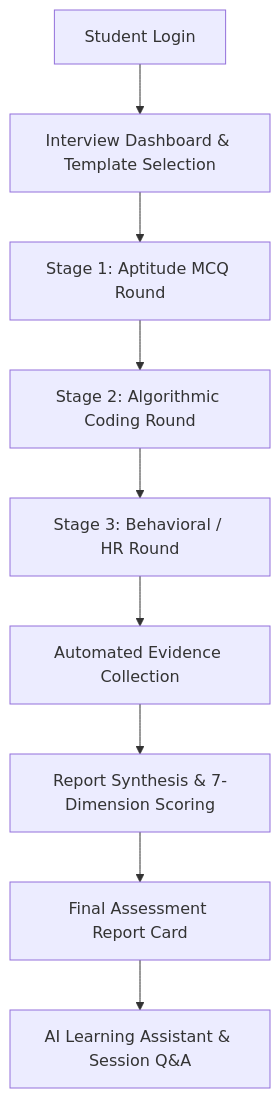
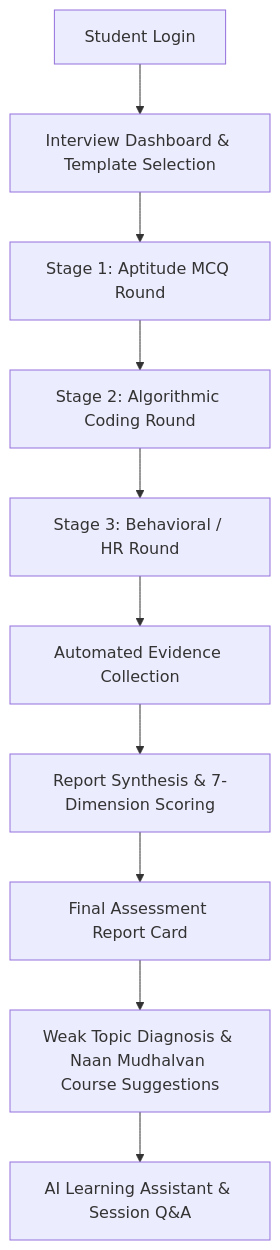
One commit to Praveen10123e/Mock-Interview-Platform changed the diagram in README.md. Above: the diagram before and after it, drawn with Mermaid. The commit also changed other lines of this file, not shown here.

Commit message:
docs: add Naan Mudhalvan course recommendation engine to README

````diff
--- a/README.md
+++ b/README.md
@@ -94,11 +105,12 @@
 ```mermaid
 graph TD
     A[Student Login] --> B[Interview Dashboard & Template Selection]
     B --> C[Stage 1: Aptitude MCQ Round]
     C --> D[Stage 2: Algorithmic Coding Round]
     D --> E[Stage 3: Behavioral / HR Round]
     E --> F[Automated Evidence Collection]
     F --> G[Report Synthesis & 7-Dimension Scoring]
     G --> H[Final Assessment Report Card]
-    H --> I[AI Learning Assistant & Session Q&A]
+    H --> I[Weak Topic Diagnosis & Naan Mudhalvan Course Suggestions]
+    I --> J[AI Learning Assistant & Session Q&A]
 ```
````
